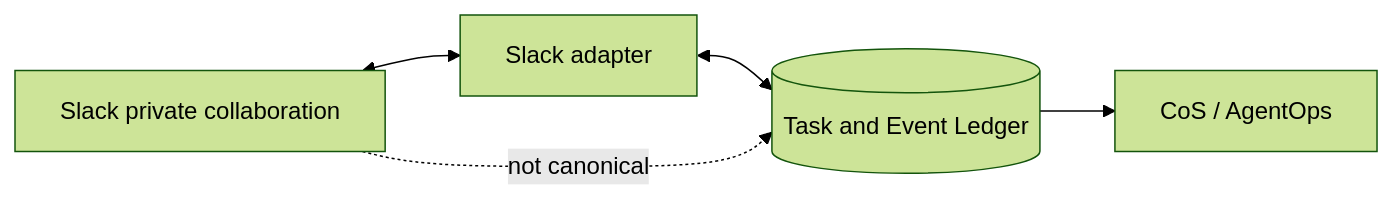
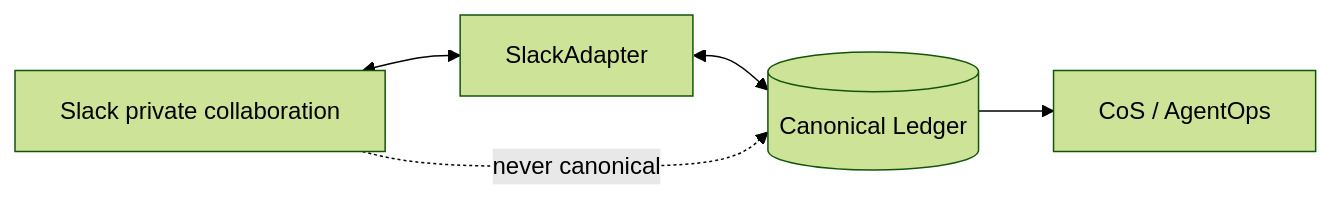
One commit to mkleinbe/mesh-ai-agent-cos-universe changed the sixth of 7 diagrams in docs/architecture.md. Above: the diagram before and after it, drawn with Mermaid (forest theme). The commit also changed other lines of this file, not shown here.

Commit message:
docs: align architecture with Phase 1 executable services

````diff
--- a/docs/architecture.md
+++ b/docs/architecture.md
@@ -60,7 +111,7 @@
 ```mermaid
 flowchart LR
-S[Slack private collaboration] <--> A[Slack adapter]
-A <--> L[(Task and Event Ledger)]
+S[Slack private collaboration] <--> A[SlackAdapter]
+A <--> L[(Canonical Ledger)]
 L --> C[CoS / AgentOps]
-S -. not canonical .-> L
+S -. never canonical .-> L
 ```
````
